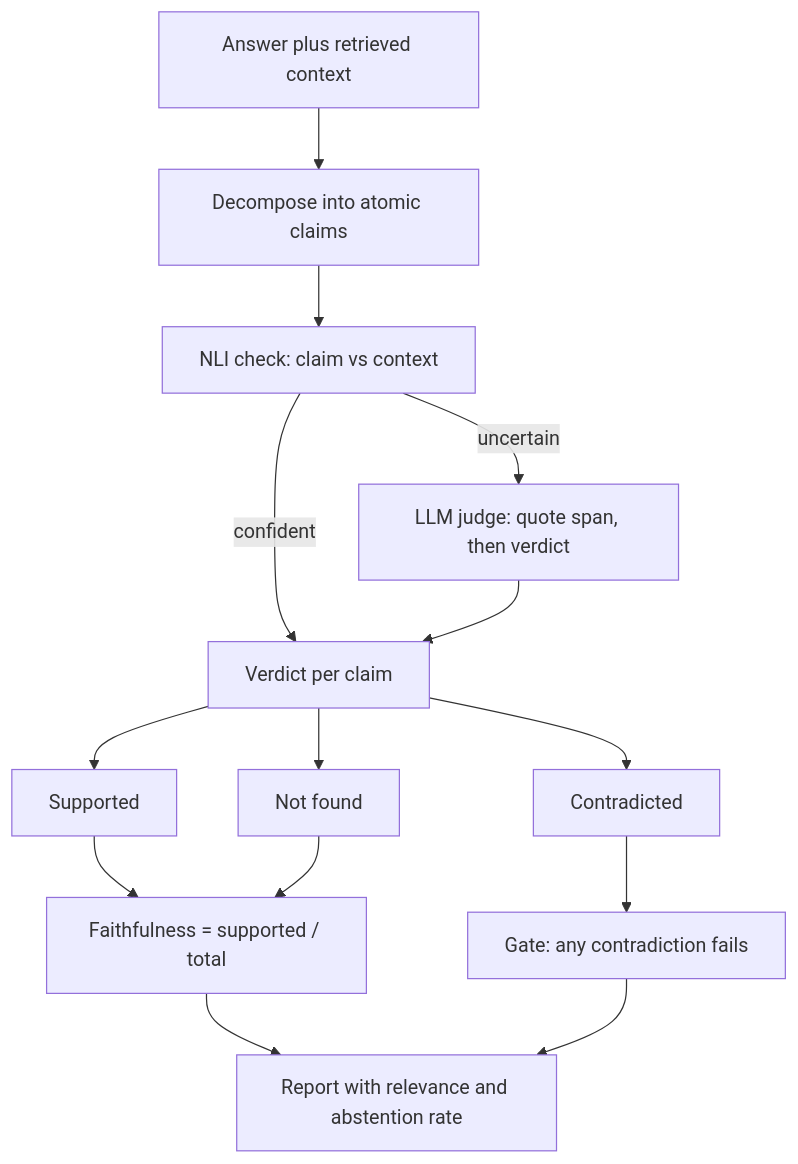
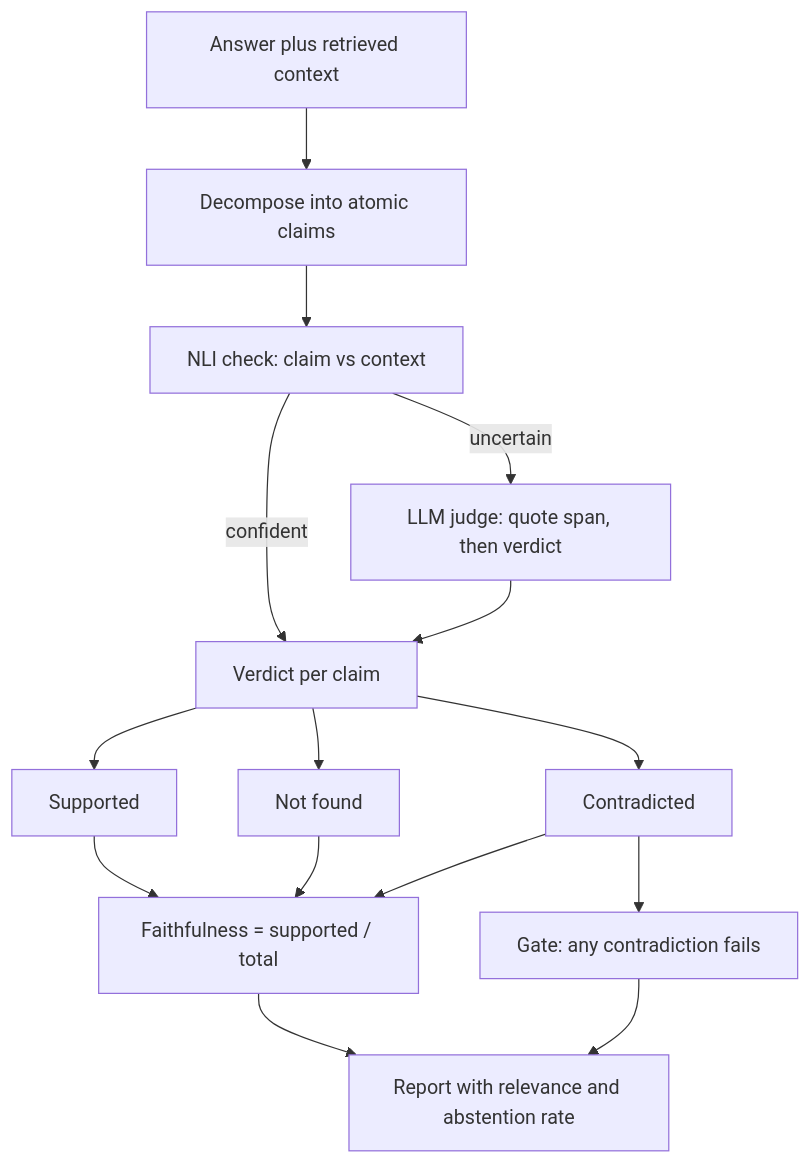
One commit to lovishmahajan97/agentic-learning changed the diagram in content/evals/faithfulness-groundedness.md. Above: the diagram before and after it, drawn with Mermaid. The commit also changed other lines of this file and 213 other files, not shown here.

````diff
--- a/content/evals/faithfulness-groundedness.md
+++ b/content/evals/faithfulness-groundedness.md
@@ -108,16 +108,17 @@
 ```mermaid
 flowchart TD
     A["Answer plus retrieved context"] --> D["Decompose into atomic claims"]
     D --> N["NLI check: claim vs context"]
     N -->|"confident"| V["Verdict per claim"]
     N -->|"uncertain"| J["LLM judge: quote span, then verdict"]
     J --> V
     V --> S["Supported"]
     V --> C["Contradicted"]
     V --> NF["Not found"]
     S --> AG["Faithfulness = supported / total"]
     NF --> AG
+    C --> AG
     C --> G["Gate: any contradiction fails"]
     AG --> T["Report with relevance and abstention rate"]
     G --> T
 ```
````
